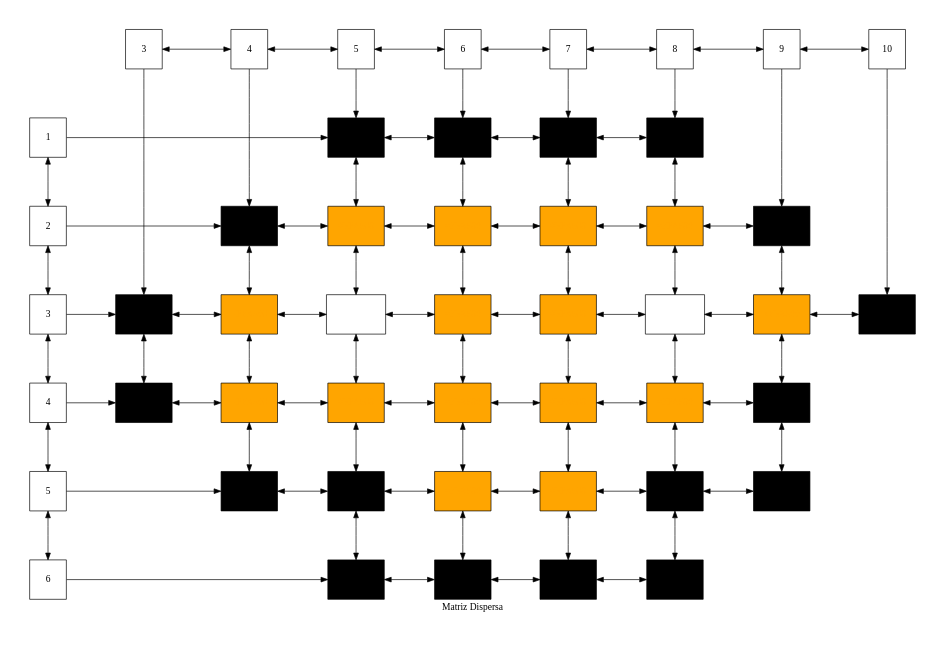
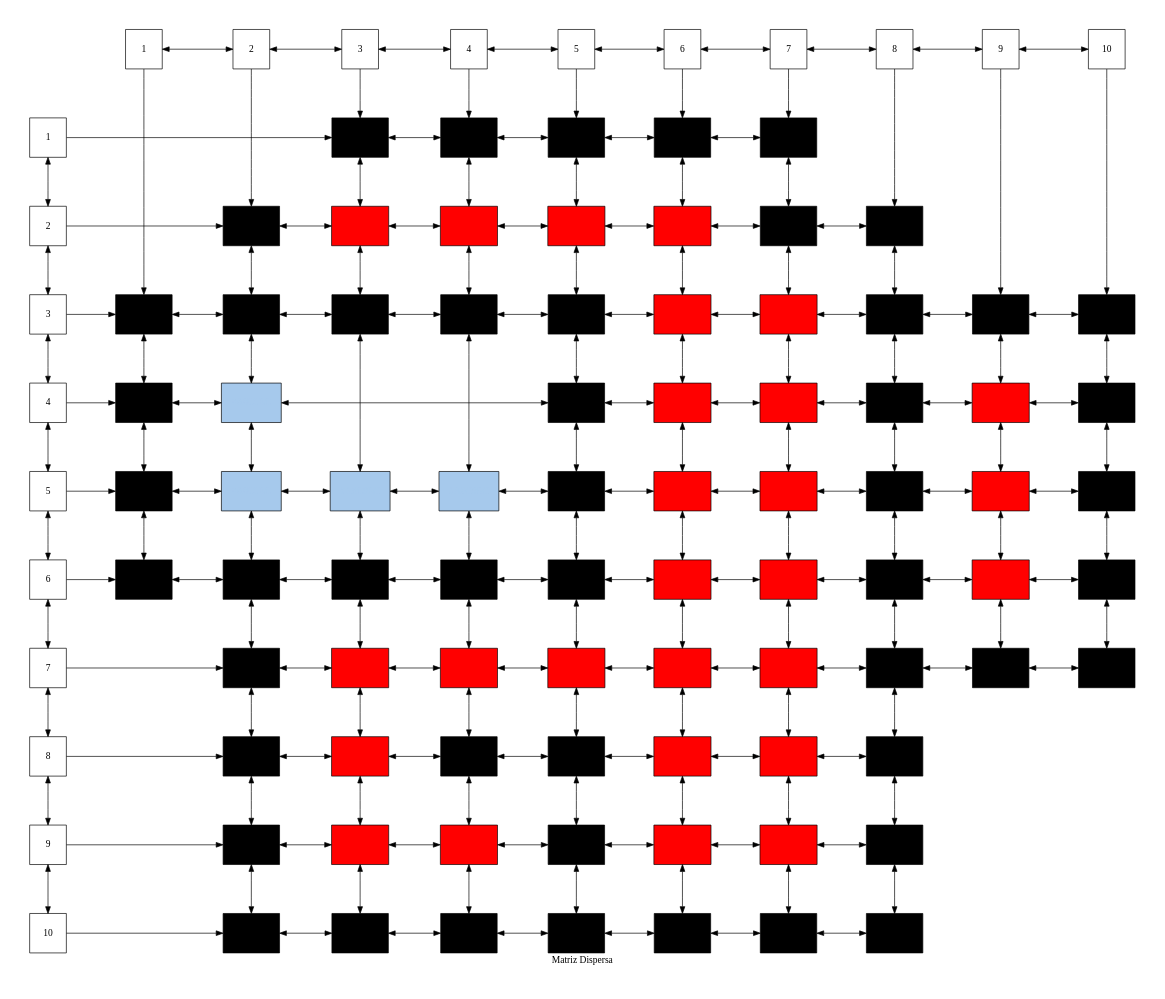
Before and after one commit to SebastianVelasquezValle/IPC2_ProyectoVD2024_-202300580: the diagram in reportesdot/matrizDispersa_4.dot, drawn with Graphviz. The commit also changed 36 other files, not shown here.

```diff
--- a/reportesdot/matrizDispersa_4.dot
+++ b/reportesdot/matrizDispersa_4.dot
@@ -8,6 +8,10 @@
 	Fila4[style="filled" label = "4" fillcolor="white" group = 0];
 	Fila5[style="filled" label = "5" fillcolor="white" group = 0];
 	Fila6[style="filled" label = "6" fillcolor="white" group = 0];
+	Fila7[style="filled" label = "7" fillcolor="white" group = 0];
+	Fila8[style="filled" label = "8" fillcolor="white" group = 0];
+	Fila9[style="filled" label = "9" fillcolor="white" group = 0];
+	Fila10[style="filled" label = "10" fillcolor="white" group = 0];
 
     edge[dir="both"];
     	Fila1 -> Fila2;
@@ -15,43 +19,94 @@
 	Fila3 -> Fila4;
 	Fila4 -> Fila5;
 	Fila5 -> Fila6;
+	Fila6 -> Fila7;
+	Fila7 -> Fila8;
+	Fila8 -> Fila9;
+	Fila9 -> Fila10;
 
     edge[dir="both"]
-    Columna3 -> NodoF3_C3[dir=""];
-NodoF3_C3 -> NodoF4_C3;
-Columna4 -> NodoF2_C4[dir=""];
+    Columna1 -> NodoF3_C1[dir=""];
+NodoF3_C1 -> NodoF4_C1;
+NodoF4_C1 -> NodoF5_C1;
+NodoF5_C1 -> NodoF6_C1;
+Columna2 -> NodoF2_C2[dir=""];
+NodoF2_C2 -> NodoF3_C2;
+NodoF3_C2 -> NodoF4_C2;
+NodoF4_C2 -> NodoF5_C2;
+NodoF5_C2 -> NodoF6_C2;
+NodoF6_C2 -> NodoF7_C2;
+NodoF7_C2 -> NodoF8_C2;
+NodoF8_C2 -> NodoF9_C2;
+NodoF9_C2 -> NodoF10_C2;
+Columna3 -> NodoF1_C3[dir=""];
+NodoF1_C3 -> NodoF2_C3;
+NodoF2_C3 -> NodoF3_C3;
+NodoF3_C3 -> NodoF5_C3;
+NodoF5_C3 -> NodoF6_C3;
+NodoF6_C3 -> NodoF7_C3;
+NodoF7_C3 -> NodoF8_C3;
+NodoF8_C3 -> NodoF9_C3;
+NodoF9_C3 -> NodoF10_C3;
+Columna4 -> NodoF1_C4[dir=""];
+NodoF1_C4 -> NodoF2_C4;
 NodoF2_C4 -> NodoF3_C4;
-NodoF3_C4 -> NodoF4_C4;
-NodoF4_C4 -> NodoF5_C4;
+NodoF3_C4 -> NodoF5_C4;
+NodoF5_C4 -> NodoF6_C4;
+NodoF6_C4 -> NodoF7_C4;
+NodoF7_C4 -> NodoF8_C4;
+NodoF8_C4 -> NodoF9_C4;
+NodoF9_C4 -> NodoF10_C4;
 Columna5 -> NodoF1_C5[dir=""];
 NodoF1_C5 -> NodoF2_C5;
 NodoF2_C5 -> NodoF3_C5;
 NodoF3_C5 -> NodoF4_C5;
 NodoF4_C5 -> NodoF5_C5;
 NodoF5_C5 -> NodoF6_C5;
+NodoF6_C5 -> NodoF7_C5;
+NodoF7_C5 -> NodoF8_C5;
+NodoF8_C5 -> NodoF9_C5;
+NodoF9_C5 -> NodoF10_C5;
 Columna6 -> NodoF1_C6[dir=""];
 NodoF1_C6 -> NodoF2_C6;
 NodoF2_C6 -> NodoF3_C6;
 NodoF3_C6 -> NodoF4_C6;
 NodoF4_C6 -> NodoF5_C6;
 NodoF5_C6 -> NodoF6_C6;
+NodoF6_C6 -> NodoF7_C6;
+NodoF7_C6 -> NodoF8_C6;
+NodoF8_C6 -> NodoF9_C6;
+NodoF9_C6 -> NodoF10_C6;
 Columna7 -> NodoF1_C7[dir=""];
 NodoF1_C7 -> NodoF2_C7;
 NodoF2_C7 -> NodoF3_C7;
 NodoF3_C7 -> NodoF4_C7;
 NodoF4_C7 -> NodoF5_C7;
 NodoF5_C7 -> NodoF6_C7;
-Columna8 -> NodoF1_C8[dir=""];
-NodoF1_C8 -> NodoF2_C8;
+NodoF6_C7 -> NodoF7_C7;
+NodoF7_C7 -> NodoF8_C7;
+NodoF8_C7 -> NodoF9_C7;
+NodoF9_C7 -> NodoF10_C7;
+Columna8 -> NodoF2_C8[dir=""];
 NodoF2_C8 -> NodoF3_C8;
 NodoF3_C8 -> NodoF4_C8;
 NodoF4_C8 -> NodoF5_C8;
 NodoF5_C8 -> NodoF6_C8;
-Columna9 -> NodoF2_C9[dir=""];
-NodoF2_C9 -> NodoF3_C9;
+NodoF6_C8 -> NodoF7_C8;
+NodoF7_C8 -> NodoF8_C8;
+NodoF8_C8 -> NodoF9_C8;
+NodoF9_C8 -> NodoF10_C8;
+Columna9 -> NodoF3_C9[dir=""];
 NodoF3_C9 -> NodoF4_C9;
 NodoF4_C9 -> NodoF5_C9;
+NodoF5_C9 -> NodoF6_C9;
+NodoF6_C9 -> NodoF7_C9;
 Columna10 -> NodoF3_C10[dir=""];
+NodoF3_C10 -> NodoF4_C10;
+NodoF4_C10 -> NodoF5_C10;
+NodoF5_C10 -> NodoF6_C10;
+NodoF6_C10 -> NodoF7_C10;
+	Columna1[style="filled" label = "1" fillcolor="white" group = 1];
+	Columna2[style="filled" label = "2" fillcolor="white" group = 2];
 	Columna3[style="filled" label = "3" fillcolor="white" group = 3];
 	Columna4[style="filled" label = "4" fillcolor="white" group = 4];
 	Columna5[style="filled" label = "5" fillcolor="white" group = 5];
@@ -60,6 +115,8 @@
 	Columna8[style="filled" label = "8" fillcolor="white" group = 8];
 	Columna9[style="filled" label = "9" fillcolor="white" group = 9];
 	Columna10[style="filled" label = "10" fillcolor="white" group = 10];
+Columna1 -> Columna2;
+Columna2 -> Columna3;
 Columna3 -> Columna4;
 Columna4 -> Columna5;
 Columna5 -> Columna6;
@@ -68,82 +125,176 @@
 Columna8 -> Columna9;
 Columna9 -> Columna10;
 
-	{rank = same; Columna3; Columna4; Columna5; Columna6; Columna7; Columna8; Columna9; Columna10; }
+	{rank = same; Columna1; Columna2; Columna3; Columna4; Columna5; Columna6; Columna7; Columna8; Columna9; Columna10; }
+	NodoF1_C3[style="filled" label = "#000000" fillcolor="#000000" fontcolor="#000000" group = 3];
+	Fila1 -> NodoF1_C3[dir=""];
+	NodoF1_C3 -> NodoF1_C4;
+	NodoF1_C4[style="filled" label = "#000000" fillcolor="#000000" fontcolor="#000000" group = 4];
+	NodoF1_C4 -> NodoF1_C5;
 	NodoF1_C5[style="filled" label = "#000000" fillcolor="#000000" fontcolor="#000000" group = 5];
-	Fila1 -> NodoF1_C5[dir=""];
 	NodoF1_C5 -> NodoF1_C6;
 	NodoF1_C6[style="filled" label = "#000000" fillcolor="#000000" fontcolor="#000000" group = 6];
 	NodoF1_C6 -> NodoF1_C7;
 	NodoF1_C7[style="filled" label = "#000000" fillcolor="#000000" fontcolor="#000000" group = 7];
-	NodoF1_C7 -> NodoF1_C8;
-	NodoF1_C8[style="filled" label = "#000000" fillcolor="#000000" fontcolor="#000000" group = 8];
-	NodoF2_C4[style="filled" label = "#000000" fillcolor="#000000" fontcolor="#000000" group = 4];
-	Fila2 -> NodoF2_C4[dir=""];
+	NodoF2_C2[style="filled" label = "#000000" fillcolor="#000000" fontcolor="#000000" group = 2];
+	Fila2 -> NodoF2_C2[dir=""];
+	NodoF2_C2 -> NodoF2_C3;
+	NodoF2_C3[style="filled" label = "#FF0000" fillcolor="#FF0000" fontcolor="#FF0000" group = 3];
+	NodoF2_C3 -> NodoF2_C4;
+	NodoF2_C4[style="filled" label = "#FF0000" fillcolor="#FF0000" fontcolor="#FF0000" group = 4];
 	NodoF2_C4 -> NodoF2_C5;
-	NodoF2_C5[style="filled" label = "#FFA500" fillcolor="#FFA500" fontcolor="#FFA500" group = 5];
+	NodoF2_C5[style="filled" label = "#FF0000" fillcolor="#FF0000" fontcolor="#FF0000" group = 5];
 	NodoF2_C5 -> NodoF2_C6;
-	NodoF2_C6[style="filled" label = "#FFA500" fillcolor="#FFA500" fontcolor="#FFA500" group = 6];
+	NodoF2_C6[style="filled" label = "#FF0000" fillcolor="#FF0000" fontcolor="#FF0000" group = 6];
 	NodoF2_C6 -> NodoF2_C7;
-	NodoF2_C7[style="filled" label = "#FFA500" fillcolor="#FFA500" fontcolor="#FFA500" group = 7];
+	NodoF2_C7[style="filled" label = "#000000" fillcolor="#000000" fontcolor="#000000" group = 7];
 	NodoF2_C7 -> NodoF2_C8;
-	NodoF2_C8[style="filled" label = "#FFA500" fillcolor="#FFA500" fontcolor="#FFA500" group = 8];
-	NodoF2_C8 -> NodoF2_C9;
-	NodoF2_C9[style="filled" label = "#000000" fillcolor="#000000" fontcolor="#000000" group = 9];
+	NodoF2_C8[style="filled" label = "#000000" fillcolor="#000000" fontcolor="#000000" group = 8];
+	NodoF3_C1[style="filled" label = "#000000" fillcolor="#000000" fontcolor="#000000" group = 1];
+	Fila3 -> NodoF3_C1[dir=""];
+	NodoF3_C1 -> NodoF3_C2;
+	NodoF3_C2[style="filled" label = "#000000" fillcolor="#000000" fontcolor="#000000" group = 2];
+	NodoF3_C2 -> NodoF3_C3;
 	NodoF3_C3[style="filled" label = "#000000" fillcolor="#000000" fontcolor="#000000" group = 3];
-	Fila3 -> NodoF3_C3[dir=""];
 	NodoF3_C3 -> NodoF3_C4;
-	NodoF3_C4[style="filled" label = "#FFA500" fillcolor="#FFA500" fontcolor="#FFA500" group = 4];
+	NodoF3_C4[style="filled" label = "#000000" fillcolor="#000000" fontcolor="#000000" group = 4];
 	NodoF3_C4 -> NodoF3_C5;
-	NodoF3_C5[style="filled" label = "#FFFFFF" fillcolor="#FFFFFF" fontcolor="#FFFFFF" group = 5];
+	NodoF3_C5[style="filled" label = "#000000" fillcolor="#000000" fontcolor="#000000" group = 5];
 	NodoF3_C5 -> NodoF3_C6;
-	NodoF3_C6[style="filled" label = "#FFA500" fillcolor="#FFA500" fontcolor="#FFA500" group = 6];
+	NodoF3_C6[style="filled" label = "#FF0000" fillcolor="#FF0000" fontcolor="#FF0000" group = 6];
 	NodoF3_C6 -> NodoF3_C7;
-	NodoF3_C7[style="filled" label = "#FFA500" fillcolor="#FFA500" fontcolor="#FFA500" group = 7];
+	NodoF3_C7[style="filled" label = "#FF0000" fillcolor="#FF0000" fontcolor="#FF0000" group = 7];
 	NodoF3_C7 -> NodoF3_C8;
-	NodoF3_C8[style="filled" label = "#FFFFFF" fillcolor="#FFFFFF" fontcolor="#FFFFFF" group = 8];
+	NodoF3_C8[style="filled" label = "#000000" fillcolor="#000000" fontcolor="#000000" group = 8];
 	NodoF3_C8 -> NodoF3_C9;
-	NodoF3_C9[style="filled" label = "#FFA500" fillcolor="#FFA500" fontcolor="#FFA500" group = 9];
+	NodoF3_C9[style="filled" label = "#000000" fillcolor="#000000" fontcolor="#000000" group = 9];
 	NodoF3_C9 -> NodoF3_C10;
 	NodoF3_C10[style="filled" label = "#000000" fillcolor="#000000" fontcolor="#000000" group = 10];
-	NodoF4_C3[style="filled" label = "#000000" fillcolor="#000000" fontcolor="#000000" group = 3];
-	Fila4 -> NodoF4_C3[dir=""];
-	NodoF4_C3 -> NodoF4_C4;
-	NodoF4_C4[style="filled" label = "#FFA500" fillcolor="#FFA500" fontcolor="#FFA500" group = 4];
-	NodoF4_C4 -> NodoF4_C5;
-	NodoF4_C5[style="filled" label = "#FFA500" fillcolor="#FFA500" fontcolor="#FFA500" group = 5];
+	NodoF4_C1[style="filled" label = "#000000" fillcolor="#000000" fontcolor="#000000" group = 1];
+	Fila4 -> NodoF4_C1[dir=""];
+	NodoF4_C1 -> NodoF4_C2;
+	NodoF4_C2[style="filled" label = "#A6C9EC" fillcolor="#A6C9EC" fontcolor="#A6C9EC" group = 2];
+	NodoF4_C2 -> NodoF4_C5;
+	NodoF4_C5[style="filled" label = "#000000" fillcolor="#000000" fontcolor="#000000" group = 5];
 	NodoF4_C5 -> NodoF4_C6;
-	NodoF4_C6[style="filled" label = "#FFA500" fillcolor="#FFA500" fontcolor="#FFA500" group = 6];
+	NodoF4_C6[style="filled" label = "#FF0000" fillcolor="#FF0000" fontcolor="#FF0000" group = 6];
 	NodoF4_C6 -> NodoF4_C7;
-	NodoF4_C7[style="filled" label = "#FFA500" fillcolor="#FFA500" fontcolor="#FFA500" group = 7];
+	NodoF4_C7[style="filled" label = "#FF0000" fillcolor="#FF0000" fontcolor="#FF0000" group = 7];
 	NodoF4_C7 -> NodoF4_C8;
-	NodoF4_C8[style="filled" label = "#FFA500" fillcolor="#FFA500" fontcolor="#FFA500" group = 8];
+	NodoF4_C8[style="filled" label = "#000000" fillcolor="#000000" fontcolor="#000000" group = 8];
 	NodoF4_C8 -> NodoF4_C9;
-	NodoF4_C9[style="filled" label = "#000000" fillcolor="#000000" fontcolor="#000000" group = 9];
-	NodoF5_C4[style="filled" label = "#000000" fillcolor="#000000" fontcolor="#000000" group = 4];
-	Fila5 -> NodoF5_C4[dir=""];
+	NodoF4_C9[style="filled" label = "#FF0000" fillcolor="#FF0000" fontcolor="#FF0000" group = 9];
+	NodoF4_C9 -> NodoF4_C10;
+	NodoF4_C10[style="filled" label = "#000000" fillcolor="#000000" fontcolor="#000000" group = 10];
+	NodoF5_C1[style="filled" label = "#000000" fillcolor="#000000" fontcolor="#000000" group = 1];
+	Fila5 -> NodoF5_C1[dir=""];
+	NodoF5_C1 -> NodoF5_C2;
+	NodoF5_C2[style="filled" label = "#A6C9EC" fillcolor="#A6C9EC" fontcolor="#A6C9EC" group = 2];
+	NodoF5_C2 -> NodoF5_C3;
+	NodoF5_C3[style="filled" label = "#A6C9EC" fillcolor="#A6C9EC" fontcolor="#A6C9EC" group = 3];
+	NodoF5_C3 -> NodoF5_C4;
+	NodoF5_C4[style="filled" label = "#A6C9EC" fillcolor="#A6C9EC" fontcolor="#A6C9EC" group = 4];
 	NodoF5_C4 -> NodoF5_C5;
 	NodoF5_C5[style="filled" label = "#000000" fillcolor="#000000" fontcolor="#000000" group = 5];
 	NodoF5_C5 -> NodoF5_C6;
-	NodoF5_C6[style="filled" label = "#FFA500" fillcolor="#FFA500" fontcolor="#FFA500" group = 6];
+	NodoF5_C6[style="filled" label = "#FF0000" fillcolor="#FF0000" fontcolor="#FF0000" group = 6];
 	NodoF5_C6 -> NodoF5_C7;
-	NodoF5_C7[style="filled" label = "#FFA500" fillcolor="#FFA500" fontcolor="#FFA500" group = 7];
+	NodoF5_C7[style="filled" label = "#FF0000" fillcolor="#FF0000" fontcolor="#FF0000" group = 7];
 	NodoF5_C7 -> NodoF5_C8;
 	NodoF5_C8[style="filled" label = "#000000" fillcolor="#000000" fontcolor="#000000" group = 8];
 	NodoF5_C8 -> NodoF5_C9;
-	NodoF5_C9[style="filled" label = "#000000" fillcolor="#000000" fontcolor="#000000" group = 9];
+	NodoF5_C9[style="filled" label = "#FF0000" fillcolor="#FF0000" fontcolor="#FF0000" group = 9];
+	NodoF5_C9 -> NodoF5_C10;
+	NodoF5_C10[style="filled" label = "#000000" fillcolor="#000000" fontcolor="#000000" group = 10];
+	NodoF6_C1[style="filled" label = "#000000" fillcolor="#000000" fontcolor="#000000" group = 1];
+	Fila6 -> NodoF6_C1[dir=""];
+	NodoF6_C1 -> NodoF6_C2;
+	NodoF6_C2[style="filled" label = "#000000" fillcolor="#000000" fontcolor="#000000" group = 2];
+	NodoF6_C2 -> NodoF6_C3;
+	NodoF6_C3[style="filled" label = "#000000" fillcolor="#000000" fontcolor="#000000" group = 3];
+	NodoF6_C3 -> NodoF6_C4;
+	NodoF6_C4[style="filled" label = "#000000" fillcolor="#000000" fontcolor="#000000" group = 4];
+	NodoF6_C4 -> NodoF6_C5;
 	NodoF6_C5[style="filled" label = "#000000" fillcolor="#000000" fontcolor="#000000" group = 5];
-	Fila6 -> NodoF6_C5[dir=""];
 	NodoF6_C5 -> NodoF6_C6;
-	NodoF6_C6[style="filled" label = "#000000" fillcolor="#000000" fontcolor="#000000" group = 6];
+	NodoF6_C6[style="filled" label = "#FF0000" fillcolor="#FF0000" fontcolor="#FF0000" group = 6];
 	NodoF6_C6 -> NodoF6_C7;
-	NodoF6_C7[style="filled" label = "#000000" fillcolor="#000000" fontcolor="#000000" group = 7];
+	NodoF6_C7[style="filled" label = "#FF0000" fillcolor="#FF0000" fontcolor="#FF0000" group = 7];
 	NodoF6_C7 -> NodoF6_C8;
 	NodoF6_C8[style="filled" label = "#000000" fillcolor="#000000" fontcolor="#000000" group = 8];
-	{ rank = same; Fila1; NodoF1_C5; NodoF1_C6; NodoF1_C7; NodoF1_C8; }
-	{ rank = same; Fila2; NodoF2_C4; NodoF2_C5; NodoF2_C6; NodoF2_C7; NodoF2_C8; NodoF2_C9; }
-	{ rank = same; Fila3; NodoF3_C3; NodoF3_C4; NodoF3_C5; NodoF3_C6; NodoF3_C7; NodoF3_C8; NodoF3_C9; NodoF3_C10; }
-	{ rank = same; Fila4; NodoF4_C3; NodoF4_C4; NodoF4_C5; NodoF4_C6; NodoF4_C7; NodoF4_C8; NodoF4_C9; }
-	{ rank = same; Fila5; NodoF5_C4; NodoF5_C5; NodoF5_C6; NodoF5_C7; NodoF5_C8; NodoF5_C9; }
-	{ rank = same; Fila6; NodoF6_C5; NodoF6_C6; NodoF6_C7; NodoF6_C8; }
+	NodoF6_C8 -> NodoF6_C9;
+	NodoF6_C9[style="filled" label = "#FF0000" fillcolor="#FF0000" fontcolor="#FF0000" group = 9];
+	NodoF6_C9 -> NodoF6_C10;
+	NodoF6_C10[style="filled" label = "#000000" fillcolor="#000000" fontcolor="#000000" group = 10];
+	NodoF7_C2[style="filled" label = "#000000" fillcolor="#000000" fontcolor="#000000" group = 2];
+	Fila7 -> NodoF7_C2[dir=""];
+	NodoF7_C2 -> NodoF7_C3;
+	NodoF7_C3[style="filled" label = "#FF0000" fillcolor="#FF0000" fontcolor="#FF0000" group = 3];
+	NodoF7_C3 -> NodoF7_C4;
+	NodoF7_C4[style="filled" label = "#FF0000" fillcolor="#FF0000" fontcolor="#FF0000" group = 4];
+	NodoF7_C4 -> NodoF7_C5;
+	NodoF7_C5[style="filled" label = "#FF0000" fillcolor="#FF0000" fontcolor="#FF0000" group = 5];
+	NodoF7_C5 -> NodoF7_C6;
+	NodoF7_C6[style="filled" label = "#FF0000" fillcolor="#FF0000" fontcolor="#FF0000" group = 6];
+	NodoF7_C6 -> NodoF7_C7;
+	NodoF7_C7[style="filled" label = "#FF0000" fillcolor="#FF0000" fontcolor="#FF0000" group = 7];
+	NodoF7_C7 -> NodoF7_C8;
+	NodoF7_C8[style="filled" label = "#000000" fillcolor="#000000" fontcolor="#000000" group = 8];
+	NodoF7_C8 -> NodoF7_C9;
+	NodoF7_C9[style="filled" label = "#000000" fillcolor="#000000" fontcolor="#000000" group = 9];
+	NodoF7_C9 -> NodoF7_C10;
+	NodoF7_C10[style="filled" label = "#000000" fillcolor="#000000" fontcolor="#000000" group = 10];
+	NodoF8_C2[style="filled" label = "#000000" fillcolor="#000000" fontcolor="#000000" group = 2];
+	Fila8 -> NodoF8_C2[dir=""];
+	NodoF8_C2 -> NodoF8_C3;
+	NodoF8_C3[style="filled" label = "#FF0000" fillcolor="#FF0000" fontcolor="#FF0000" group = 3];
+	NodoF8_C3 -> NodoF8_C4;
+	NodoF8_C4[style="filled" label = "#000000" fillcolor="#000000" fontcolor="#000000" group = 4];
+	NodoF8_C4 -> NodoF8_C5;
+	NodoF8_C5[style="filled" label = "#000000" fillcolor="#000000" fontcolor="#000000" group = 5];
+	NodoF8_C5 -> NodoF8_C6;
+	NodoF8_C6[style="filled" label = "#FF0000" fillcolor="#FF0000" fontcolor="#FF0000" group = 6];
+	NodoF8_C6 -> NodoF8_C7;
+	NodoF8_C7[style="filled" label = "#FF0000" fillcolor="#FF0000" fontcolor="#FF0000" group = 7];
+	NodoF8_C7 -> NodoF8_C8;
+	NodoF8_C8[style="filled" label = "#000000" fillcolor="#000000" fontcolor="#000000" group = 8];
+	NodoF9_C2[style="filled" label = "#000000" fillcolor="#000000" fontcolor="#000000" group = 2];
+	Fila9 -> NodoF9_C2[dir=""];
+	NodoF9_C2 -> NodoF9_C3;
+	NodoF9_C3[style="filled" label = "#FF0000" fillcolor="#FF0000" fontcolor="#FF0000" group = 3];
+	NodoF9_C3 -> NodoF9_C4;
+	NodoF9_C4[style="filled" label = "#FF0000" fillcolor="#FF0000" fontcolor="#FF0000" group = 4];
+	NodoF9_C4 -> NodoF9_C5;
+	NodoF9_C5[style="filled" label = "#000000" fillcolor="#000000" fontcolor="#000000" group = 5];
+	NodoF9_C5 -> NodoF9_C6;
+	NodoF9_C6[style="filled" label = "#FF0000" fillcolor="#FF0000" fontcolor="#FF0000" group = 6];
+	NodoF9_C6 -> NodoF9_C7;
+	NodoF9_C7[style="filled" label = "#FF0000" fillcolor="#FF0000" fontcolor="#FF0000" group = 7];
+	NodoF9_C7 -> NodoF9_C8;
+	NodoF9_C8[style="filled" label = "#000000" fillcolor="#000000" fontcolor="#000000" group = 8];
+	NodoF10_C2[style="filled" label = "#000000" fillcolor="#000000" fontcolor="#000000" group = 2];
+	Fila10 -> NodoF10_C2[dir=""];
+	NodoF10_C2 -> NodoF10_C3;
+	NodoF10_C3[style="filled" label = "#000000" fillcolor="#000000" fontcolor="#000000" group = 3];
+	NodoF10_C3 -> NodoF10_C4;
+	NodoF10_C4[style="filled" label = "#000000" fillcolor="#000000" fontcolor="#000000" group = 4];
+	NodoF10_C4 -> NodoF10_C5;
+	NodoF10_C5[style="filled" label = "#000000" fillcolor="#000000" fontcolor="#000000" group = 5];
+	NodoF10_C5 -> NodoF10_C6;
+	NodoF10_C6[style="filled" label = "#000000" fillcolor="#000000" fontcolor="#000000" group = 6];
+	NodoF10_C6 -> NodoF10_C7;
+	NodoF10_C7[style="filled" label = "#000000" fillcolor="#000000" fontcolor="#000000" group = 7];
+	NodoF10_C7 -> NodoF10_C8;
+	NodoF10_C8[style="filled" label = "#000000" fillcolor="#000000" fontcolor="#000000" group = 8];
+	{ rank = same; Fila1; NodoF1_C3; NodoF1_C4; NodoF1_C5; NodoF1_C6; NodoF1_C7; }
+	{ rank = same; Fila2; NodoF2_C2; NodoF2_C3; NodoF2_C4; NodoF2_C5; NodoF2_C6; NodoF2_C7; NodoF2_C8; }
+	{ rank = same; Fila3; NodoF3_C1; NodoF3_C2; NodoF3_C3; NodoF3_C4; NodoF3_C5; NodoF3_C6; NodoF3_C7; NodoF3_C8; NodoF3_C9; NodoF3_C10; }
+	{ rank = same; Fila4; NodoF4_C1; NodoF4_C2; NodoF4_C5; NodoF4_C6; NodoF4_C7; NodoF4_C8; NodoF4_C9; NodoF4_C10; }
+	{ rank = same; Fila5; NodoF5_C1; NodoF5_C2; NodoF5_C3; NodoF5_C4; NodoF5_C5; NodoF5_C6; NodoF5_C7; NodoF5_C8; NodoF5_C9; NodoF5_C10; }
+	{ rank = same; Fila6; NodoF6_C1; NodoF6_C2; NodoF6_C3; NodoF6_C4; NodoF6_C5; NodoF6_C6; NodoF6_C7; NodoF6_C8; NodoF6_C9; NodoF6_C10; }
+	{ rank = same; Fila7; NodoF7_C2; NodoF7_C3; NodoF7_C4; NodoF7_C5; NodoF7_C6; NodoF7_C7; NodoF7_C8; NodoF7_C9; NodoF7_C10; }
+	{ rank = same; Fila8; NodoF8_C2; NodoF8_C3; NodoF8_C4; NodoF8_C5; NodoF8_C6; NodoF8_C7; NodoF8_C8; }
+	{ rank = same; Fila9; NodoF9_C2; NodoF9_C3; NodoF9_C4; NodoF9_C5; NodoF9_C6; NodoF9_C7; NodoF9_C8; }
+	{ rank = same; Fila10; NodoF10_C2; NodoF10_C3; NodoF10_C4; NodoF10_C5; NodoF10_C6; NodoF10_C7; NodoF10_C8; }
 
 }
```
